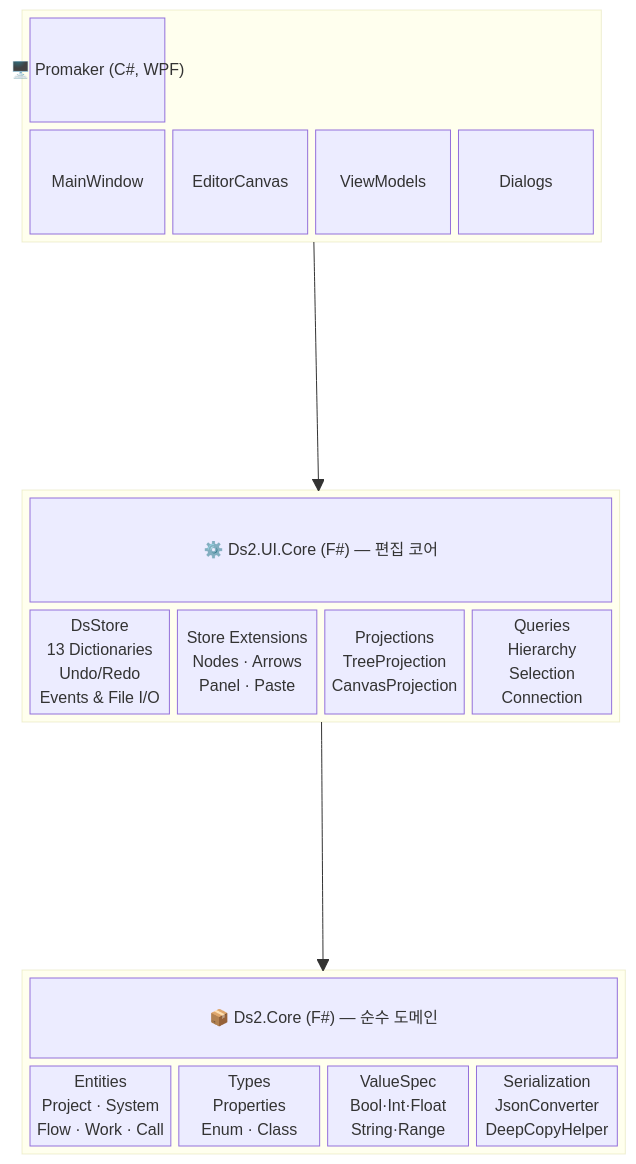
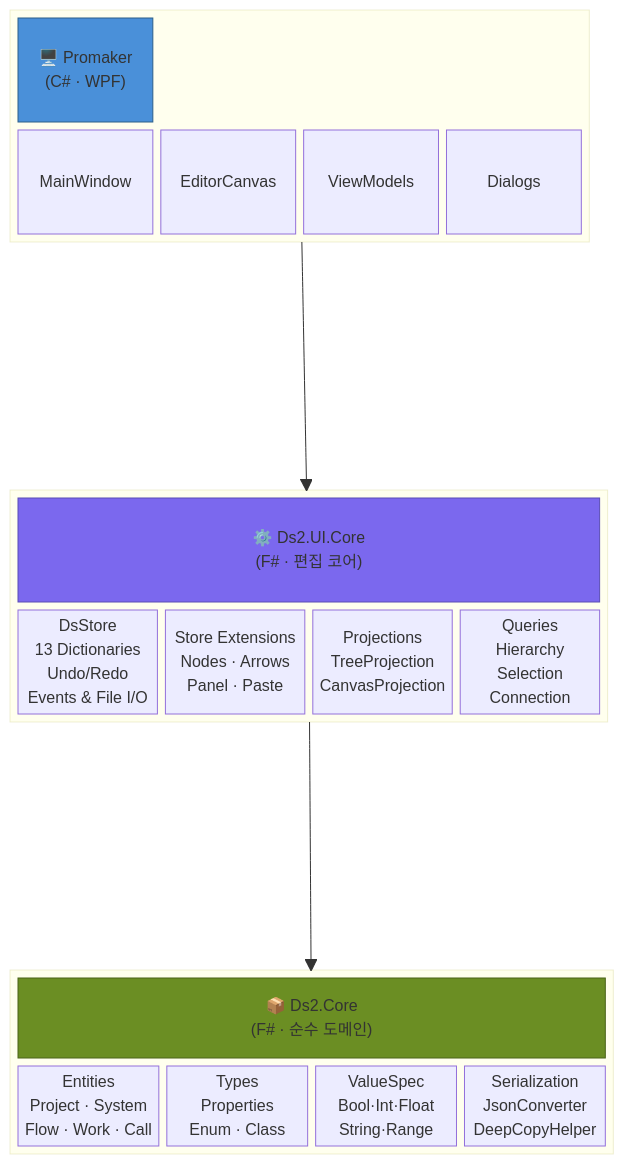
Before and after one commit to DualsoftDev/ds2: the second of 7 diagrams in README.md, drawn with Mermaid.

````diff
--- a/README.md
+++ b/README.md
@@ -43,35 +43,39 @@
 ```mermaid
 block-beta
   columns 1
 
   block:UI
     columns 4
-    UITITLE["🖥️ Promaker (C#, WPF)"]:4
+    UITITLE["🖥️ Promaker\n(C# · WPF)"]:4
     MW["MainWindow"] EC["EditorCanvas"] VM["ViewModels"] DLG["Dialogs"]
   end
 
   space
 
   block:UICORE
     columns 4
-    UICORETITLE["⚙️ Ds2.UI.Core (F#) — 편집 코어"]:4
+    UICORETITLE["⚙️ Ds2.UI.Core\n(F# · 편집 코어)"]:4
     DS["DsStore\n13 Dictionaries\nUndo/Redo\nEvents & File I/O"]
     ST["Store Extensions\nNodes · Arrows\nPanel · Paste"]
     PJ["Projections\nTreeProjection\nCanvasProjection"]
     QR["Queries\nHierarchy\nSelection\nConnection"]
   end
 
   space
 
   block:CORE
     columns 4
-    CORETITLE["📦 Ds2.Core (F#) — 순수 도메인"]:4
+    CORETITLE["📦 Ds2.Core\n(F# · 순수 도메인)"]:4
     ENT["Entities\nProject · System\nFlow · Work · Call"]
     TYP["Types\nProperties\nEnum · Class"]
     VS["ValueSpec\nBool·Int·Float\nString·Range"]
     SER["Serialization\nJsonConverter\nDeepCopyHelper"]
   end
 
   UI --> UICORE
   UICORE --> CORE
+
+  style UITITLE fill:#4a90d9,color:#fff,stroke:#2c5f8a
+  style UICORETITLE fill:#7b68ee,color:#fff,stroke:#5a4db5
+  style CORETITLE fill:#6b8e23,color:#fff,stroke:#4a6319
 ```
````
